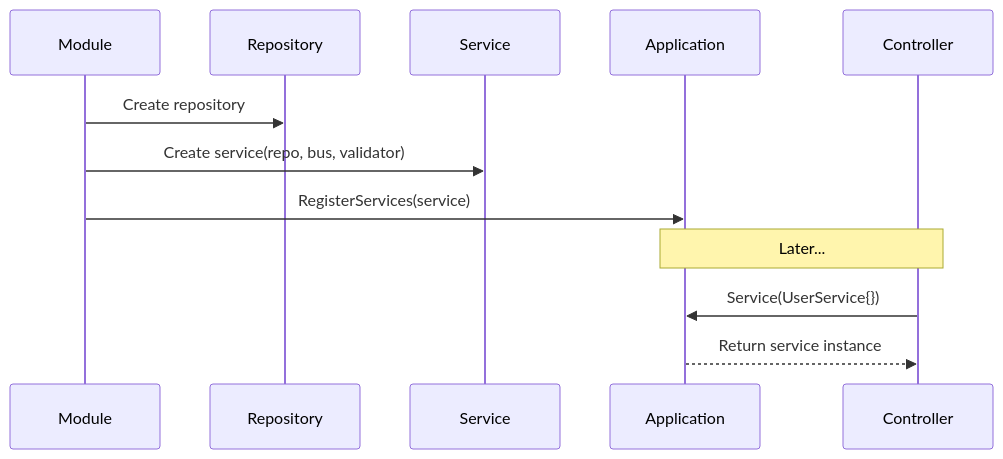
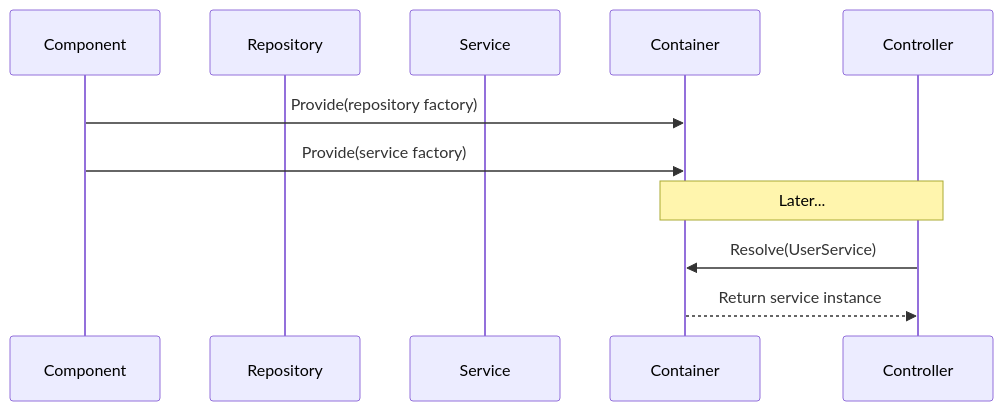
The seventh of 13 diagrams in docs/content/architecture/module-system.mdx (iota-uz/iota-sdk), drawn with Mermaid before and after one commit. The commit also changed other lines of this file and 14 other files, not shown here.

````diff
--- a/docs/content/architecture/module-system.mdx
+++ b/docs/content/architecture/module-system.mdx
@@ -163,16 +167,15 @@
 ```mermaid
 sequenceDiagram
-    participant Mod as Module
+    participant Comp as Component
     participant Repo as Repository
     participant Service as Service
-    participant App as Application
+    participant Container as Container
     participant Controller as Controller
     
-    Mod->>Repo: Create repository
-    Mod->>Service: Create service(repo, bus, validator)
-    Mod->>App: RegisterServices(service)
+    Comp->>Container: Provide(repository factory)
+    Comp->>Container: Provide(service factory)
     
-    Note over App,Controller: Later...
-    Controller->>App: Service(UserService{})
-    App-->>Controller: Return service instance
+    Note over Container,Controller: Later...
+    Controller->>Container: Resolve(UserService)
+    Container-->>Controller: Return service instance
 ```
````
